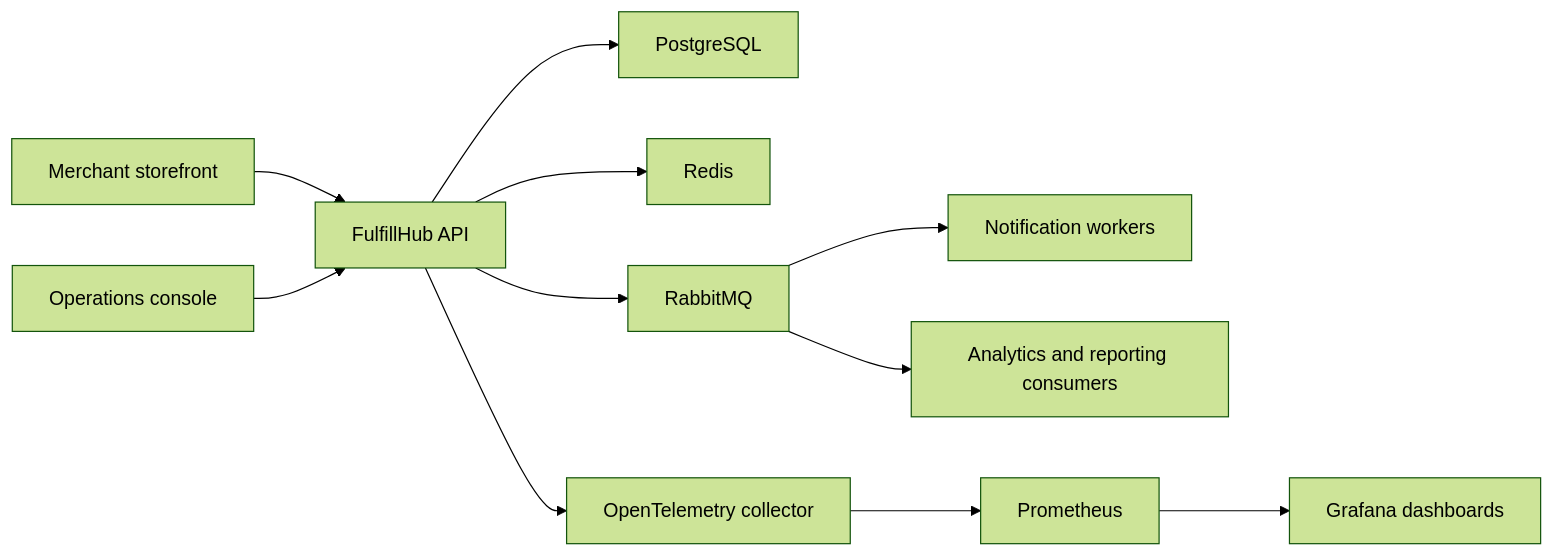
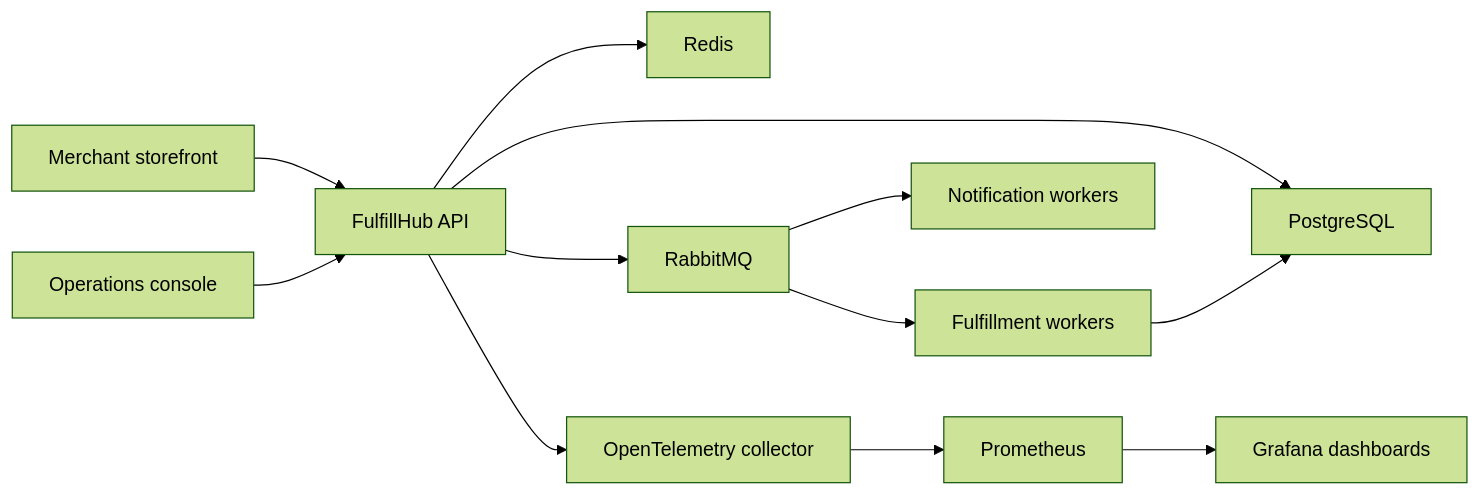
One commit to Defyland/fulfillhub-go-commerce-platform changed the diagram in docs/architecture/overview.md. Above: the diagram before and after it, drawn with Mermaid (forest theme). The commit also changed other lines of this file and 20 other files, not shown here.

````diff
--- a/docs/architecture/overview.md
+++ b/docs/architecture/overview.md
@@ -7,13 +7,14 @@
 ```mermaid
 flowchart LR
   storefront["Merchant storefront"] --> api["FulfillHub API"]
   ops["Operations console"] --> api
   api --> pg["PostgreSQL"]
   api --> redis["Redis"]
   api --> broker["RabbitMQ"]
+  broker --> workers["Fulfillment workers"]
+  workers --> pg
   broker --> notifier["Notification workers"]
-  broker --> reporting["Analytics and reporting consumers"]
   api --> otel["OpenTelemetry collector"]
   otel --> prom["Prometheus"]
   prom --> grafana["Grafana dashboards"]
 ```
````
